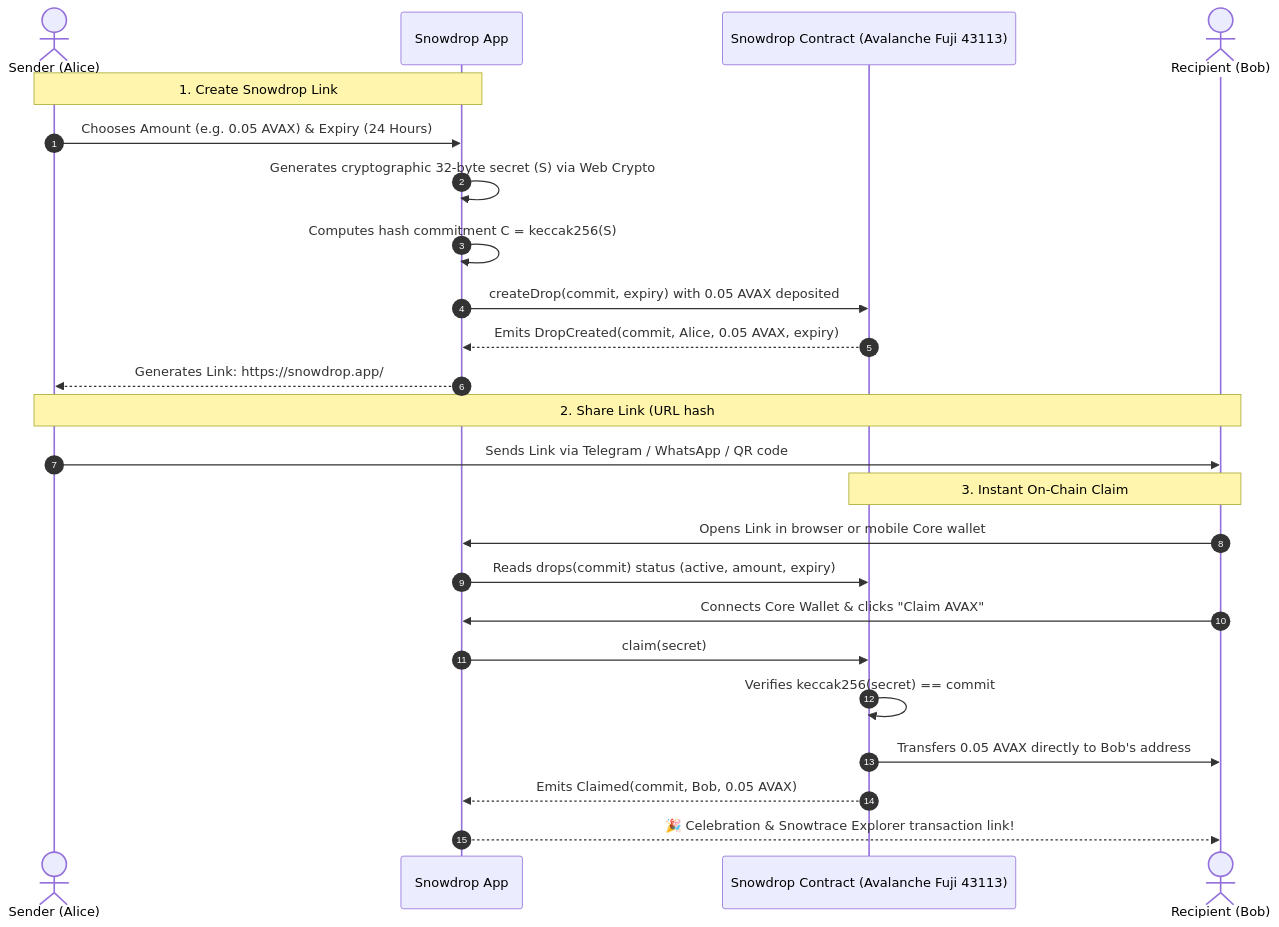
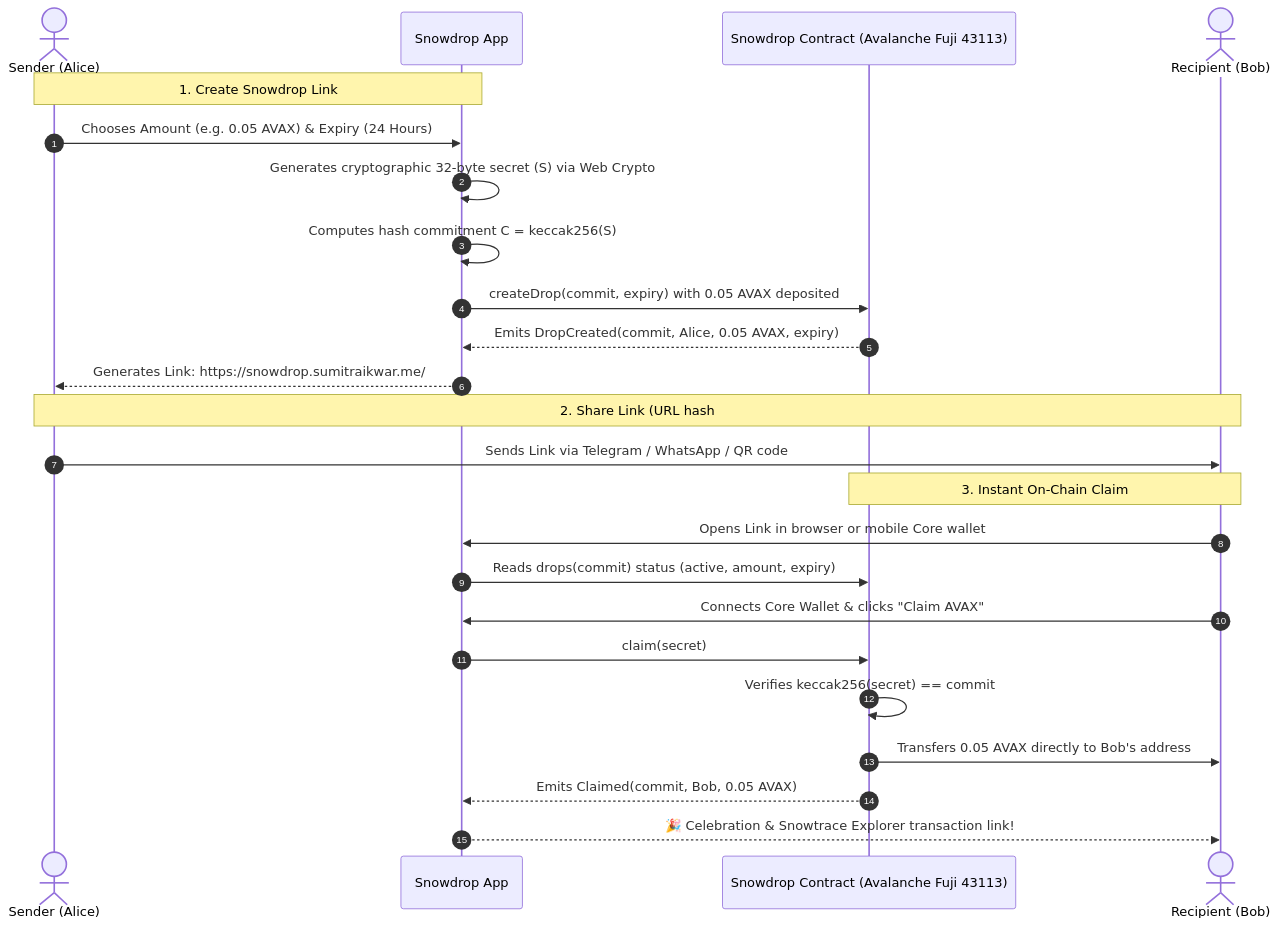
One commit to SumitRaikwar18/Snowdrop changed the diagram in README.md. Above: the diagram before and after it, drawn with Mermaid. The commit also changed other lines of this file and 2 other files, not shown here.

Commit message:
docs: link live production domain https://snowdrop.sumitraikwar.me and update UI previews

````diff
--- a/README.md
+++ b/README.md
@@ -48,29 +49,29 @@
 ```mermaid
 sequenceDiagram
     autonumber
     actor Alice as Sender (Alice)
     participant App as Snowdrop App
     participant Contract as Snowdrop Contract (Avalanche Fuji 43113)
     actor Bob as Recipient (Bob)
 
     Note over Alice,App: 1. Create Snowdrop Link
     Alice->>App: Chooses Amount (e.g. 0.05 AVAX) & Expiry (24 Hours)
     App->>App: Generates cryptographic 32-byte secret (S) via Web Crypto
     App->>App: Computes hash commitment C = keccak256(S)
     App->>Contract: createDrop(commit, expiry) with 0.05 AVAX deposited
     Contract-->>App: Emits DropCreated(commit, Alice, 0.05 AVAX, expiry)
-    App-->>Alice: Generates Link: https://snowdrop.app/#s=<secret>
+    App-->>Alice: Generates Link: https://snowdrop.sumitraikwar.me/#s=<secret>
 
     Note over Alice,Bob: 2. Share Link (URL hash #s= is 100% client-side)
     Alice->>Bob: Sends Link via Telegram / WhatsApp / QR code
 
     Note over Bob,Contract: 3. Instant On-Chain Claim
     Bob->>App: Opens Link in browser or mobile Core wallet
     App->>Contract: Reads drops(commit) status (active, amount, expiry)
     Bob->>App: Connects Core Wallet & clicks "Claim AVAX"
     App->>Contract: claim(secret)
     Contract->>Contract: Verifies keccak256(secret) == commit
     Contract->>Bob: Transfers 0.05 AVAX directly to Bob's address
     Contract-->>App: Emits Claimed(commit, Bob, 0.05 AVAX)
     App-->>Bob: 🎉 Celebration & Snowtrace Explorer transaction link!
 ```
````
